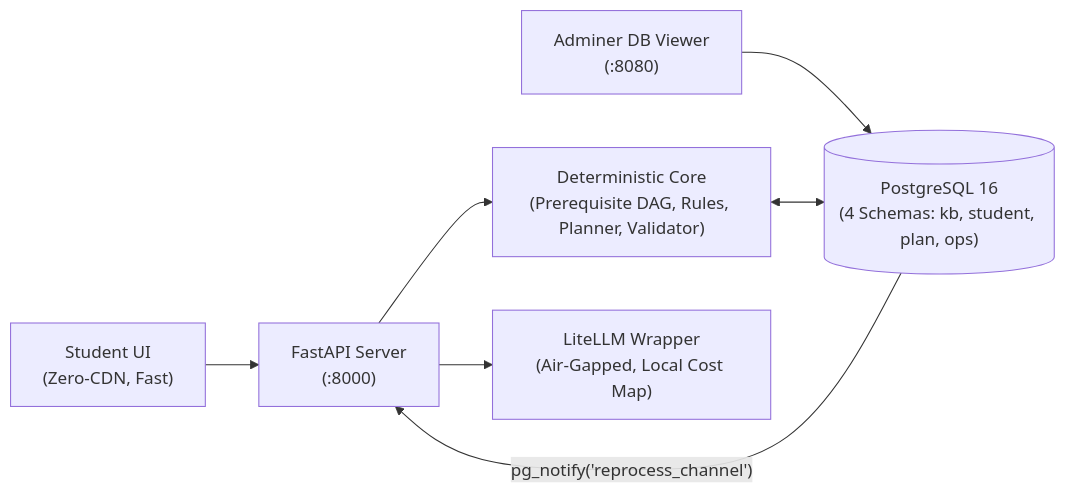
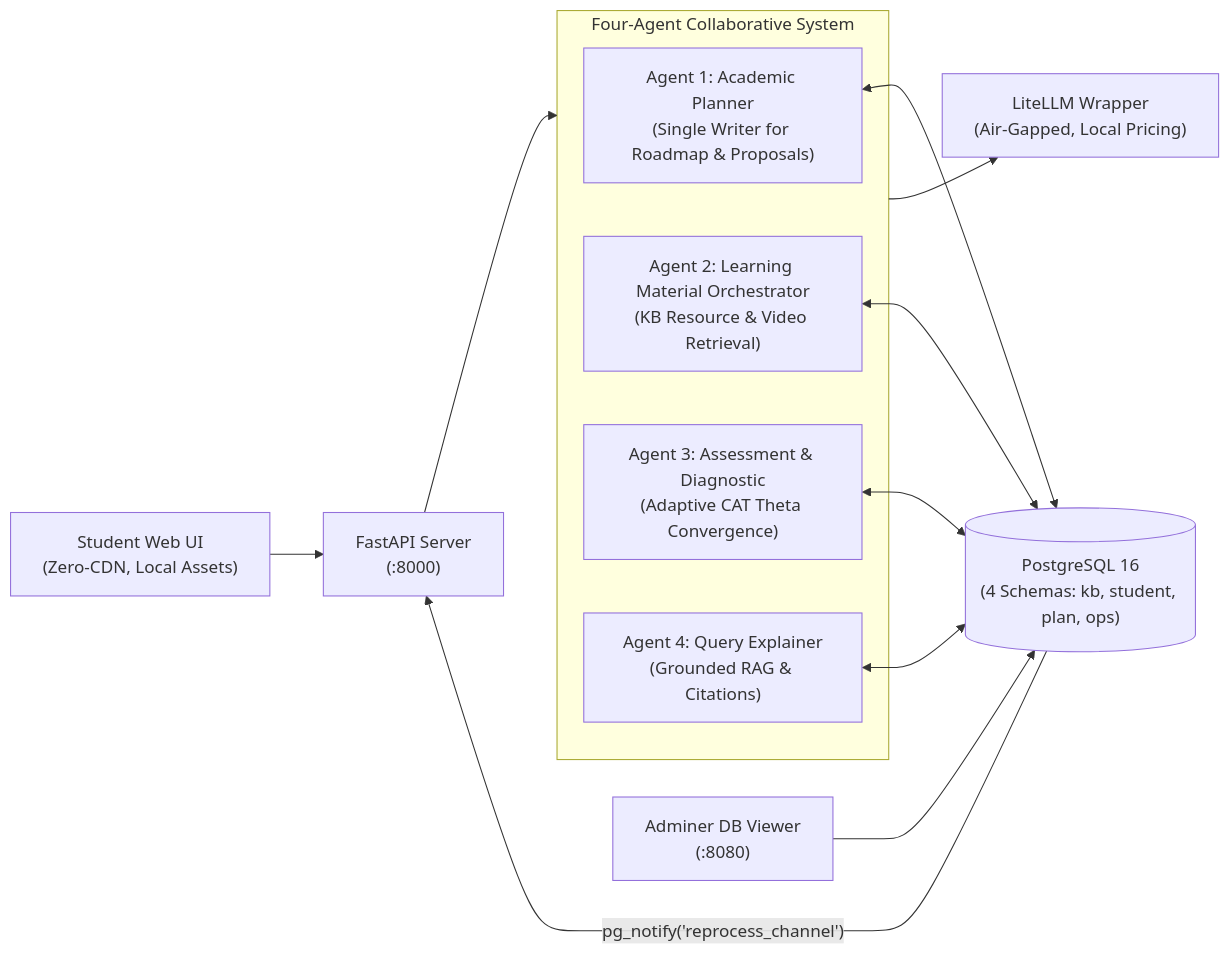
Before and after one commit to SusheelSagar4/EBuddy: the first of 2 diagrams in README.md, drawn with Mermaid. The commit also changed other lines of this file, not shown here.

Commit message:
docs: update README with 4-agent architecture, air-gapped UI pages, updated seed counts, and CI suite

````diff
--- a/README.md
+++ b/README.md
@@ -5,9 +5,20 @@
 ```mermaid
 flowchart LR
-    Student["Student UI<br/>(Zero-CDN, Fast)"] --> Gateway["FastAPI Server<br/>(:8000)"]
+    Student["Student Web UI<br/>(Zero-CDN, Local Assets)"] --> Gateway["FastAPI Server<br/>(:8000)"]
     Adminer["Adminer DB Viewer<br/>(:8080)"] --> DB[("PostgreSQL 16<br/>(4 Schemas: kb, student, plan, ops)")]
-    Gateway --> Deterministic["Deterministic Core<br/>(Prerequisite DAG, Rules, Planner, Validator)"]
-    Gateway --> LiteLLM["LiteLLM Wrapper<br/>(Air-Gapped, Local Cost Map)"]
-    Deterministic <--> DB
+    
+    subgraph MultiAgentSystem["Four-Agent Collaborative System"]
+        Agent1["Agent 1: Academic Planner<br/>(Single Writer for Roadmap & Proposals)"]
+        Agent2["Agent 2: Learning Material Orchestrator<br/>(KB Resource & Video Retrieval)"]
+        Agent3["Agent 3: Assessment & Diagnostic<br/>(Adaptive CAT Theta Convergence)"]
+        Agent4["Agent 4: Query Explainer<br/>(Grounded RAG & Citations)"]
+    end
+
+    Gateway --> MultiAgentSystem
+    Agent1 <--> DB
+    Agent2 <--> DB
+    Agent3 <--> DB
+    Agent4 <--> DB
+    MultiAgentSystem --> LiteLLM["LiteLLM Wrapper<br/>(Air-Gapped, Local Pricing)"]
     DB -- "pg_notify('reprocess_channel')" --> Gateway
 ```
````
